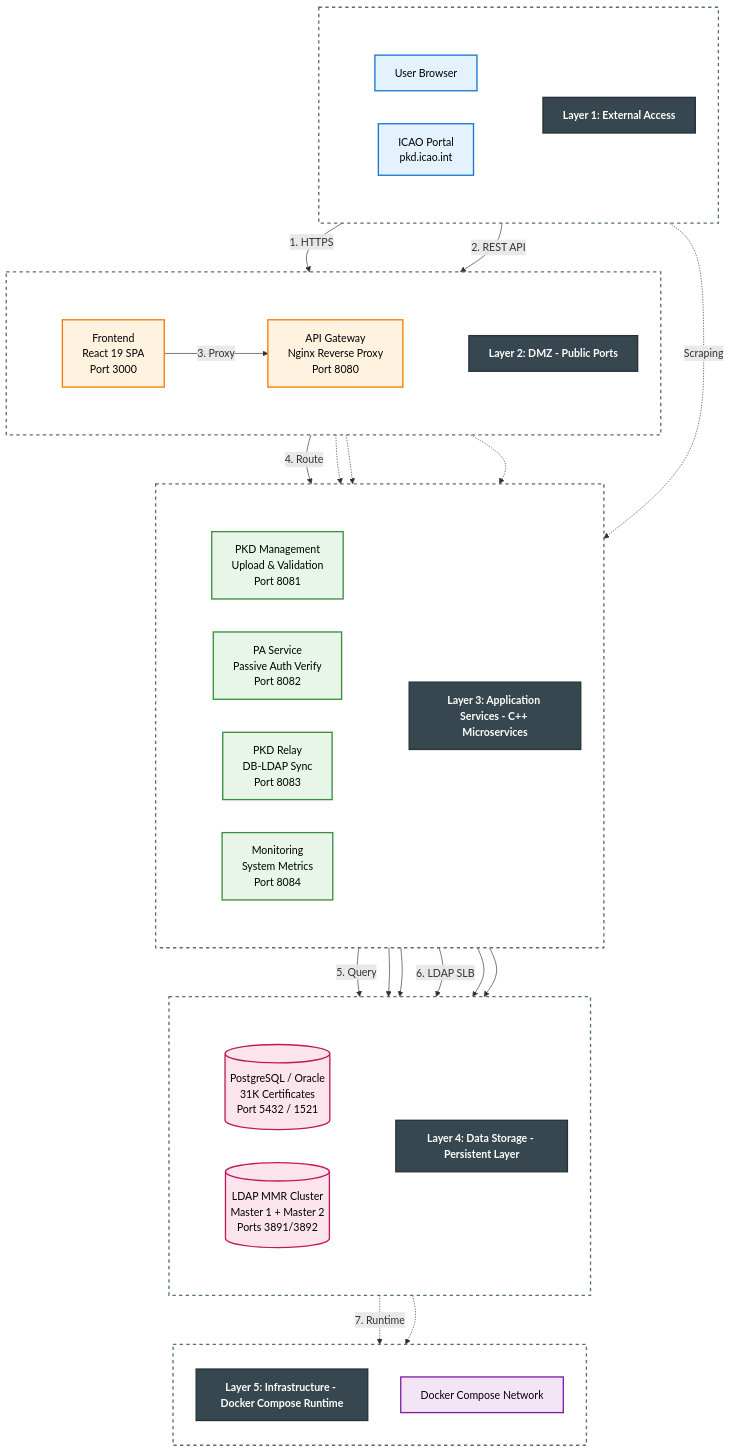
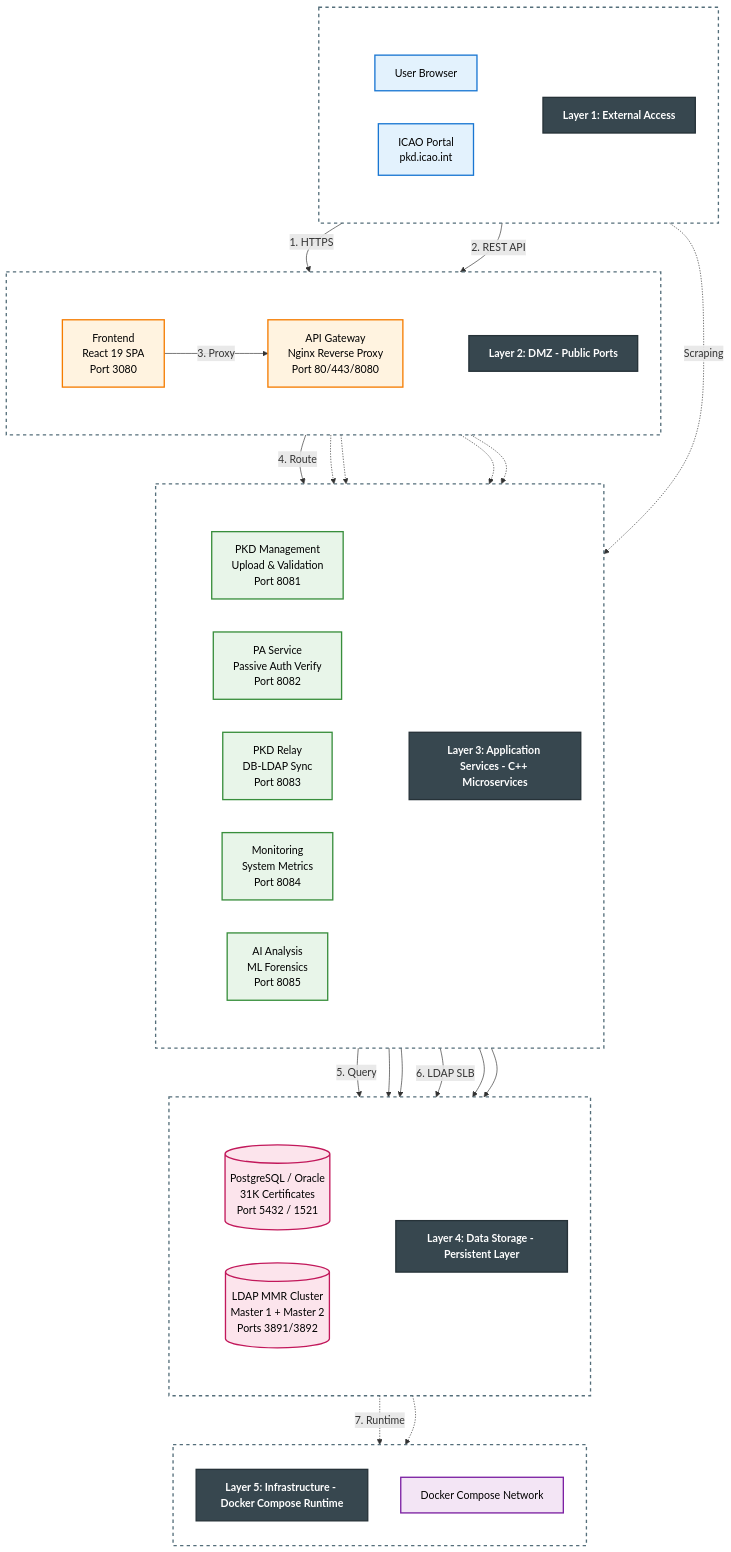
The first of 16 diagrams in docs/SOFTWARE_ARCHITECTURE.md (iland112/icao-local-pkd-cpp), drawn with Mermaid before and after one commit. The commit also changed other lines of this file and 10 other files, not shown here.

```diff
--- a/docs/SOFTWARE_ARCHITECTURE.md
+++ b/docs/SOFTWARE_ARCHITECTURE.md
@@ -60,8 +60,8 @@
         L2Title["Layer 2: DMZ - Public Ports"]
         subgraph L2Nodes[" "]
             direction LR
-            Frontend["Frontend<br/>React 19 SPA<br/>Port 3000"]
-            APIGateway["API Gateway<br/>Nginx Reverse Proxy<br/>Port 8080"]
+            Frontend["Frontend<br/>React 19 SPA<br/>Port 3080"]
+            APIGateway["API Gateway<br/>Nginx Reverse Proxy<br/>Port 80/443/8080"]
         end
     end
 
@@ -75,6 +75,7 @@
             PA["PA Service<br/>Passive Auth Verify<br/>Port 8082"]
             Relay["PKD Relay<br/>DB-LDAP Sync<br/>Port 8083"]
             Monitoring["Monitoring<br/>System Metrics<br/>Port 8084"]
+            AI["AI Analysis<br/>ML Forensics<br/>Port 8085"]
         end
     end
 
@@ -106,6 +107,7 @@
     APIGateway -.-> PA
     APIGateway -.-> Relay
     APIGateway -.-> Monitoring
+    APIGateway -.-> AI
 
     PKD -->|5. Query| DB
     PA --> DB
@@ -132,7 +134,7 @@
 
     class User,ICAOPortal external
     class Frontend,APIGateway dmz
-    class PKD,PA,Relay,Monitoring app
+    class PKD,PA,Relay,Monitoring,AI app
     class DB,LDAPCluster data
     class Docker infra
 
```
